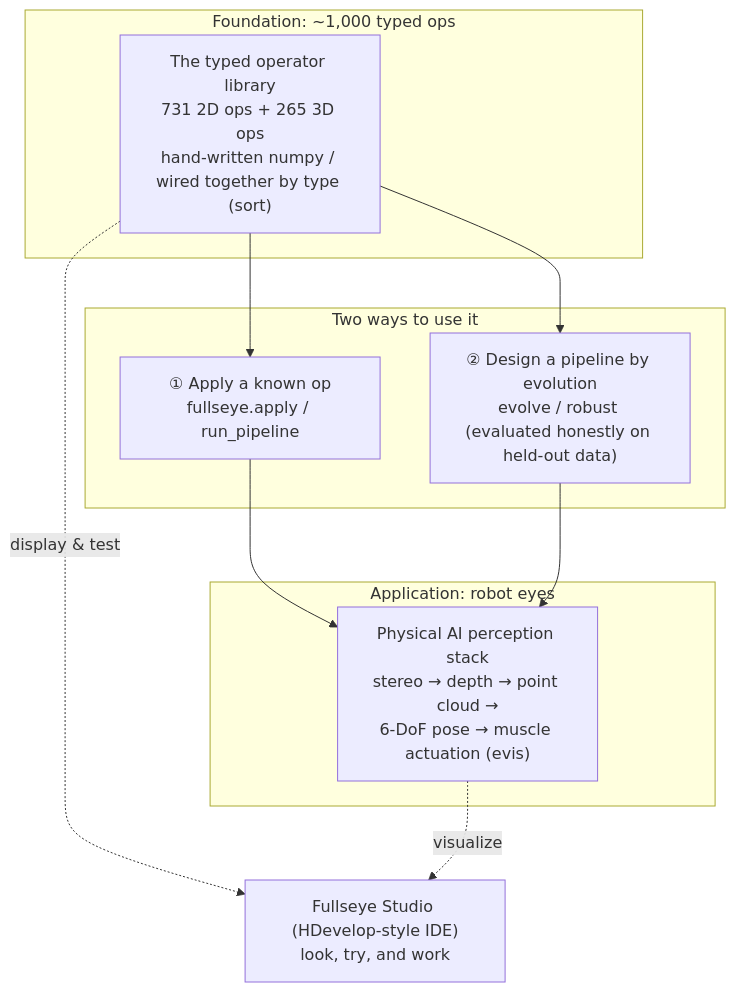
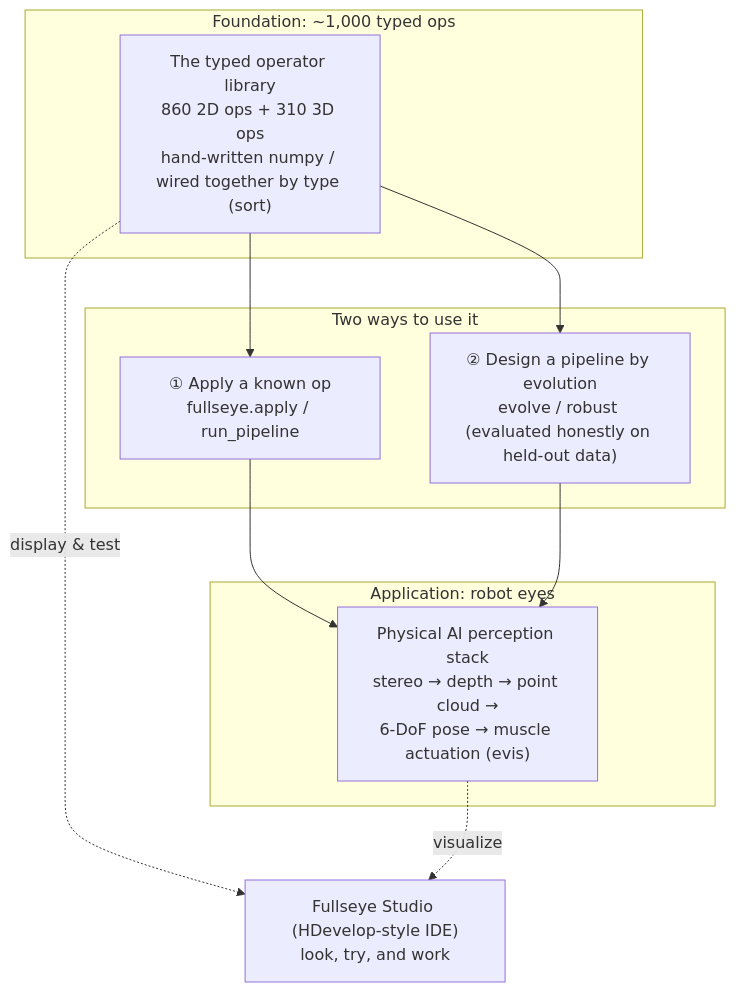
Before and after one commit to furuse-kazufumi/fullseye: the first of 3 diagrams in docs/articles/fullseye_overview_qiita_en.md, drawn with Mermaid. The commit also changed other lines of this file and 5 other files, not shown here.

````diff
--- a/docs/articles/fullseye_overview_qiita_en.md
+++ b/docs/articles/fullseye_overview_qiita_en.md
@@ -162,19 +162,19 @@
 ```mermaid
 flowchart TB
     subgraph L0["Foundation: ~1,000 typed ops"]
-        OPS["The typed operator library<br/>731 2D ops + 265 3D ops<br/>hand-written numpy / wired together by type (sort)"]
+        OPS["The typed operator library<br/>860 2D ops + 310 3D ops<br/>hand-written numpy / wired together by type (sort)"]
     end
     subgraph L1["Two ways to use it"]
         APPLY["① Apply a known op<br/>fullseye.apply / run_pipeline"]
         EVO["② Design a pipeline by evolution<br/>evolve / robust (evaluated honestly on held-out data)"]
     end
     subgraph L2["Application: robot eyes"]
         PERC["Physical AI perception stack<br/>stereo → depth → point cloud →<br/>6-DoF pose → muscle actuation (evis)"]
     end
     STUDIO["Fullseye Studio (HDevelop-style IDE)<br/>look, try, and work"]
 
     OPS --> APPLY --> PERC
     OPS --> EVO --> PERC
     OPS -.display & test.-> STUDIO
     PERC -.visualize.-> STUDIO
 ```
````
